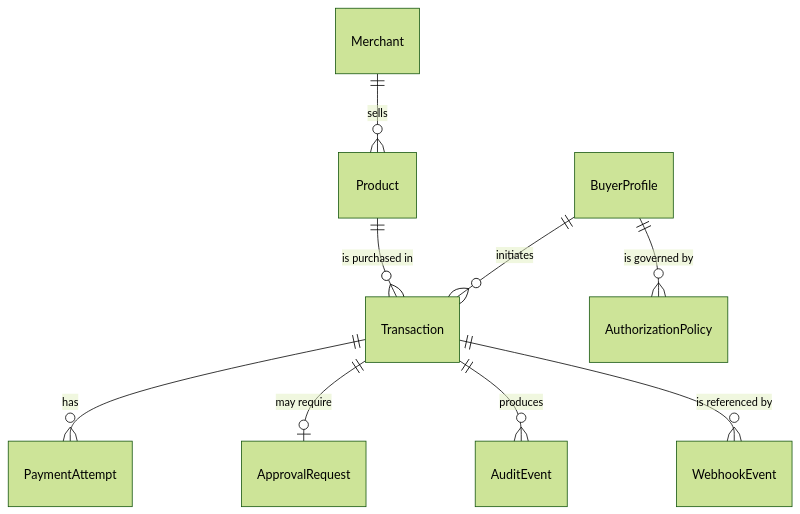
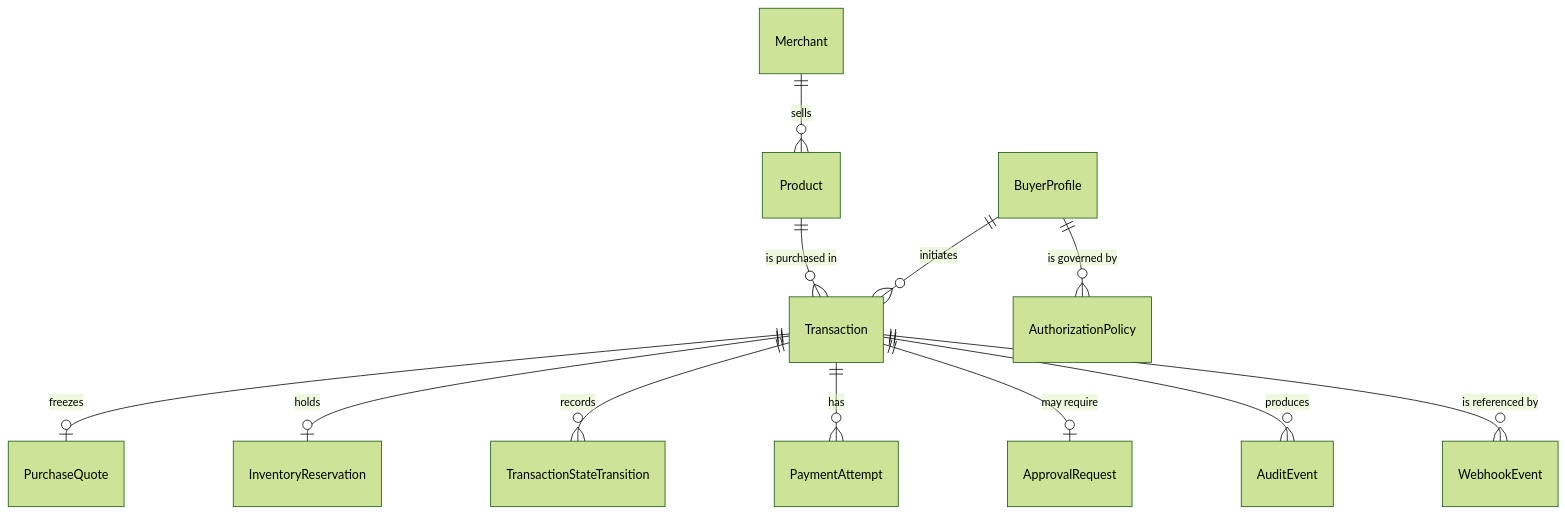
One commit to TanmaySingh2711/razorpay-agentic-commerce changed the diagram in docs/08-data-model.md. Above: the diagram before and after it, drawn with Mermaid (forest theme). The commit also changed other lines of this file and 134 other files, not shown here.

````diff
--- a/docs/08-data-model.md
+++ b/docs/08-data-model.md
@@ -27,11 +55,14 @@
 ```mermaid
 erDiagram
   BuyerProfile ||--o{ Transaction : initiates
   BuyerProfile ||--o{ AuthorizationPolicy : "is governed by"
   Merchant ||--o{ Product : sells
   Product ||--o{ Transaction : "is purchased in"
+  Transaction ||--o| PurchaseQuote : freezes
+  Transaction ||--o| InventoryReservation : holds
+  Transaction ||--o{ TransactionStateTransition : records
   Transaction ||--o{ PaymentAttempt : has
   Transaction ||--o| ApprovalRequest : "may require"
   Transaction ||--o{ AuditEvent : produces
   Transaction ||--o{ WebhookEvent : "is referenced by"
 ```
````
